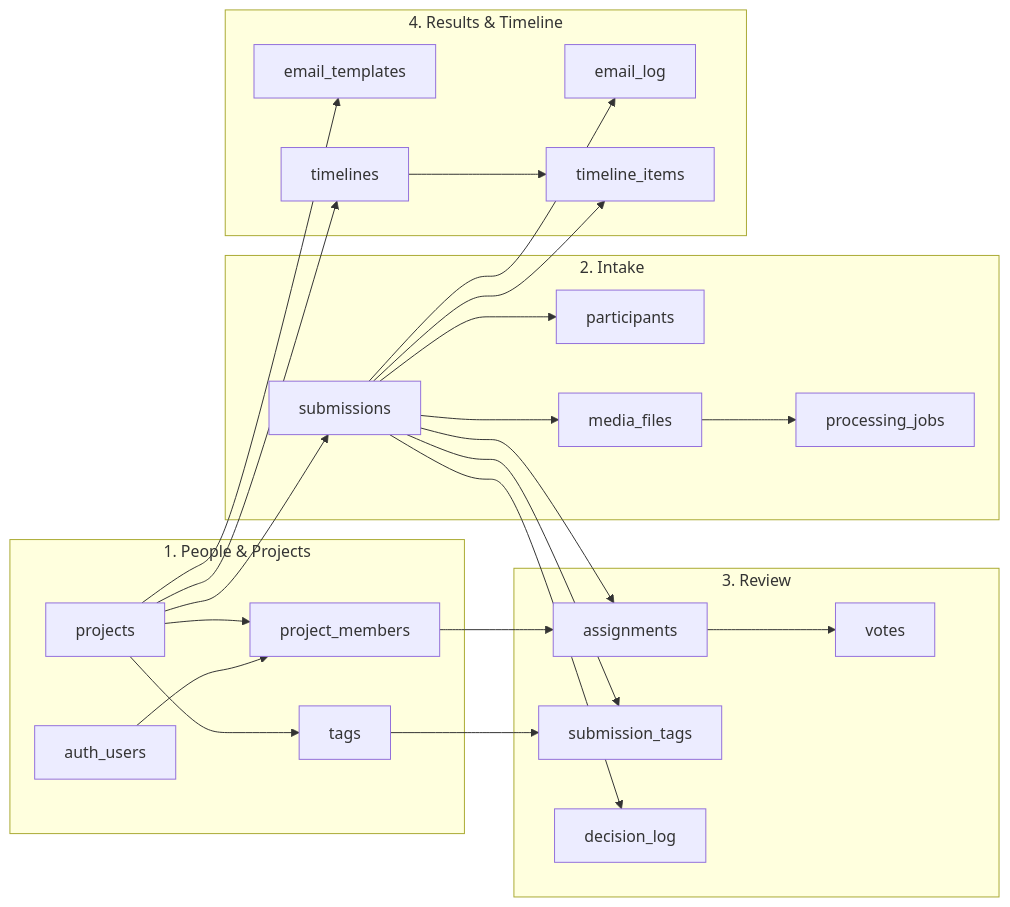
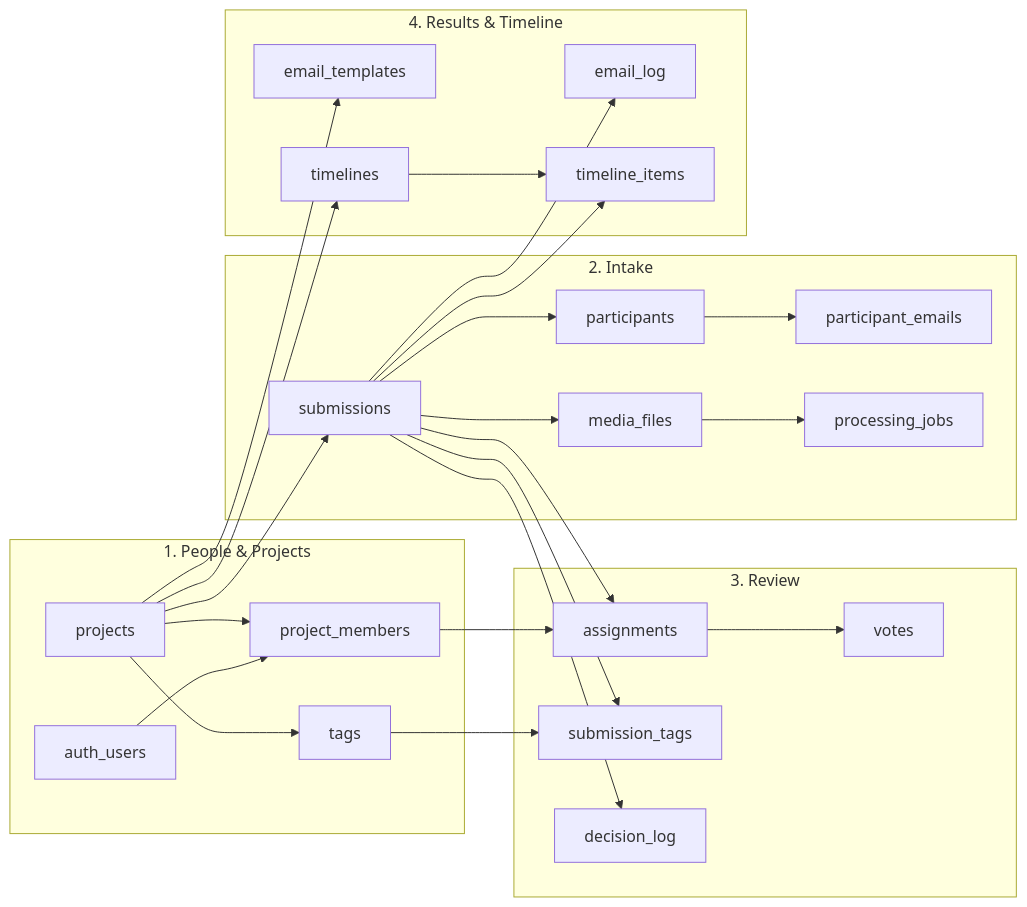
Before and after one commit to dixond01/ChooseTogether: the first of 5 diagrams in Documents/erd.md, drawn with Mermaid. The commit also changed other lines of this file and 5 other files, not shown here.

First line of the commit message:
Add People & Projects and Intake schema with RLS and tests

````diff
--- a/Documents/erd.md
+++ b/Documents/erd.md
@@ -9,33 +9,34 @@
 ```mermaid
 flowchart LR
     subgraph People["1. People & Projects"]
         auth_users --> project_members
         projects --> project_members
         projects --> tags
     end
     subgraph Intake["2. Intake"]
         submissions --> participants
+        participants --> participant_emails
         submissions --> media_files
         media_files --> processing_jobs
     end
     subgraph Review["3. Review"]
         assignments --> votes
         submission_tags
         decision_log
     end
     subgraph Results["4. Results & Timeline"]
         email_templates
         email_log
         timelines --> timeline_items
     end
     projects --> submissions
     submissions --> assignments
     project_members --> assignments
     submissions --> submission_tags
     tags --> submission_tags
     submissions --> decision_log
     projects --> email_templates
     submissions --> email_log
     projects --> timelines
     submissions --> timeline_items
 ```
````
